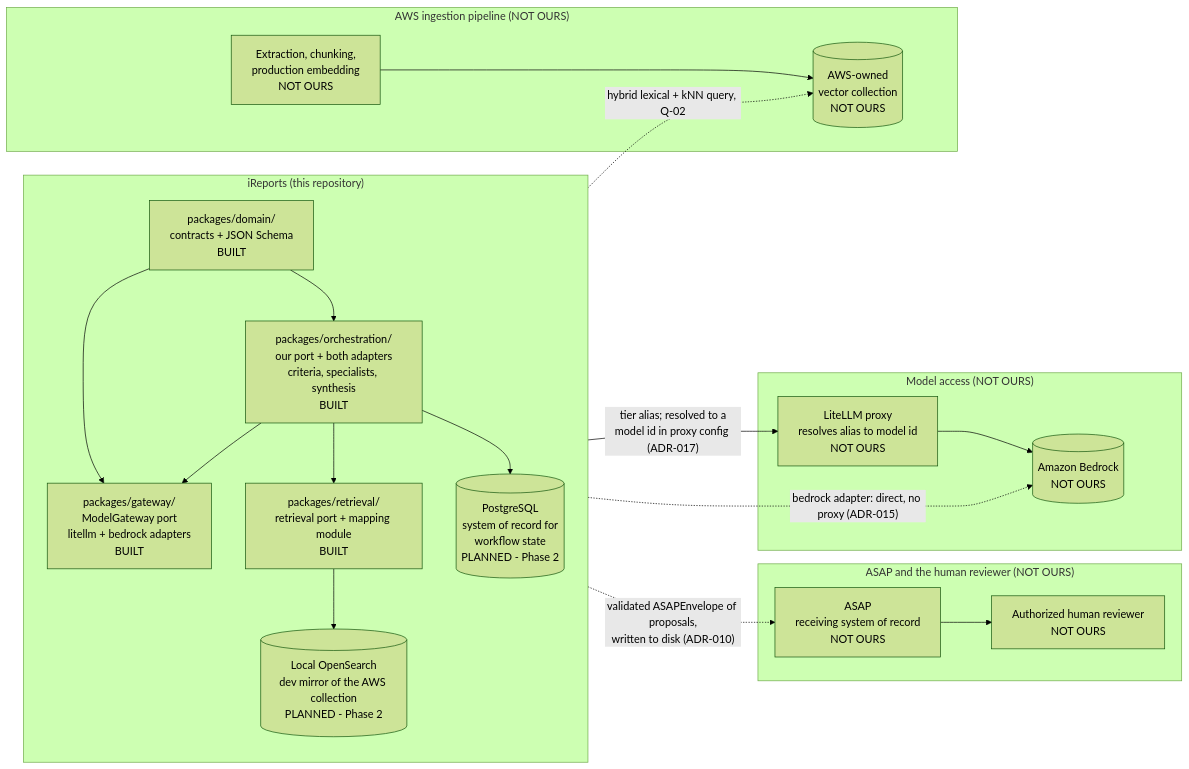
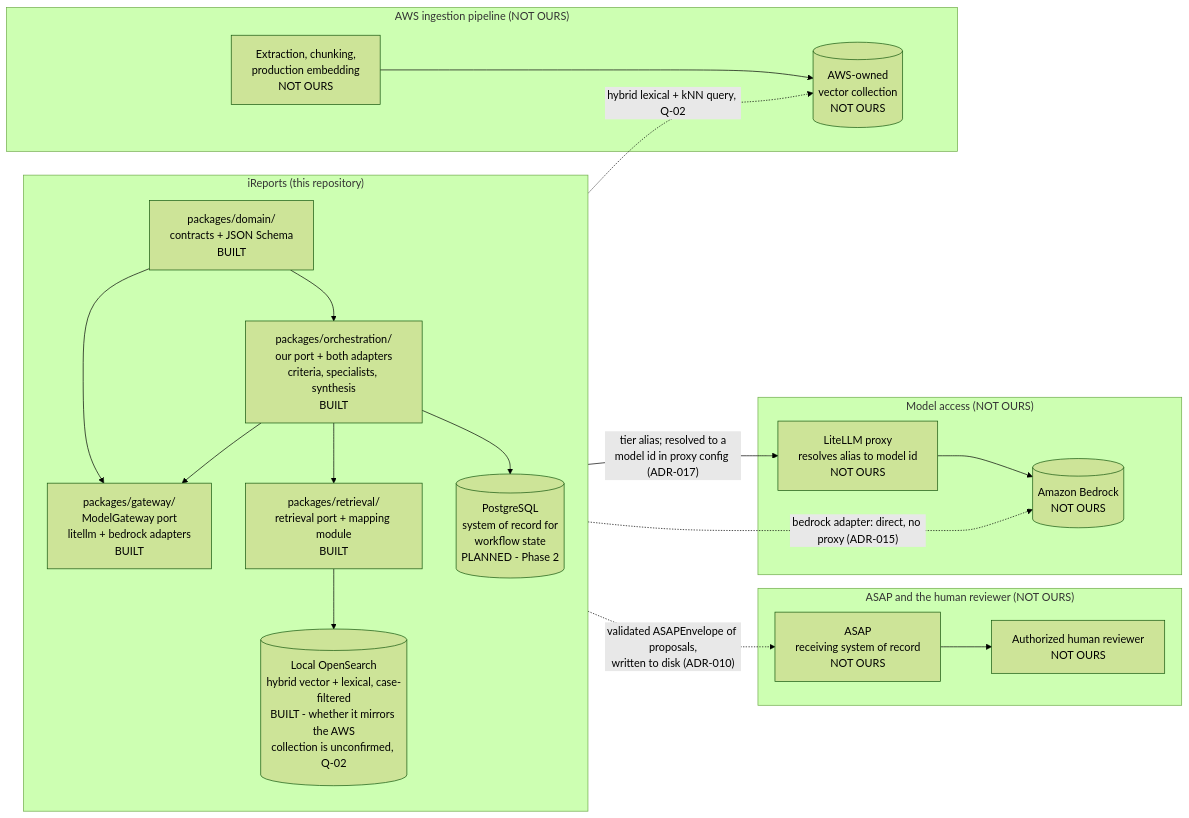
One commit to Amivero-LLC/asap-ireports-poc changed the first of 2 diagrams in docs/handoff/component-architecture.md. Above: the diagram before and after it, drawn with Mermaid (forest theme). The commit also changed other lines of this file and 1 other file, not shown here.

First line of the commit message:
docs: bring every architecture diagram up to the current state

````diff
--- a/docs/handoff/component-architecture.md
+++ b/docs/handoff/component-architecture.md
@@ -156,41 +156,41 @@
 ```mermaid
 flowchart LR
     subgraph OURS["iReports (this repository)"]
         direction TB
         DOMAIN["packages/domain/<br/>contracts + JSON Schema<br/>BUILT"]
         GATEWAY["packages/gateway/<br/>ModelGateway port<br/>litellm + bedrock adapters<br/>BUILT"]
         ORCH["packages/orchestration/<br/>our port + both adapters<br/>criteria, specialists, synthesis<br/>BUILT"]
         RETR["packages/retrieval/<br/>retrieval port + mapping module<br/>BUILT"]
         PG[("PostgreSQL<br/>system of record for<br/>workflow state<br/>PLANNED - Phase 2")]
-        OSLOCAL[("Local OpenSearch<br/>dev mirror of the AWS collection<br/>PLANNED - Phase 2")]
+        OSLOCAL[("Local OpenSearch<br/>hybrid vector + lexical, case-filtered<br/>BUILT - whether it mirrors the AWS<br/>collection is unconfirmed, Q-02")]
     end
 
     subgraph AWSSIDE["AWS ingestion pipeline (NOT OURS)"]
         INGEST["Extraction, chunking,<br/>production embedding<br/>NOT OURS"]
         VCOL[("AWS-owned<br/>vector collection<br/>NOT OURS")]
     end
 
     subgraph DELIVERYSIDE["ASAP and the human reviewer (NOT OURS)"]
         REVIEWER["Authorized human reviewer<br/>NOT OURS"]
         ASAPSYS["ASAP<br/>receiving system of record<br/>NOT OURS"]
     end
 
     subgraph MODELSIDE["Model access (NOT OURS)"]
         PROXY["LiteLLM proxy<br/>resolves alias to model id<br/>NOT OURS"]
         BEDROCK[("Amazon Bedrock<br/>NOT OURS")]
     end
 
     DOMAIN --> ORCH
     DOMAIN --> GATEWAY
     ORCH --> GATEWAY
     ORCH --> RETR
     ORCH --> PG
     RETR --> OSLOCAL
     RETR -. "hybrid lexical + kNN query, Q-02" .-> VCOL
     INGEST --> VCOL
     GATEWAY -- "tier alias; resolved to a<br/>model id in proxy config (ADR-017)" --> PROXY
     PROXY --> BEDROCK
     GATEWAY -. "bedrock adapter: direct, no proxy (ADR-015)" .-> BEDROCK
     ORCH -. "validated ASAPEnvelope of proposals,<br/>written to disk (ADR-010)" .-> ASAPSYS
     ASAPSYS --> REVIEWER
 ```
````
